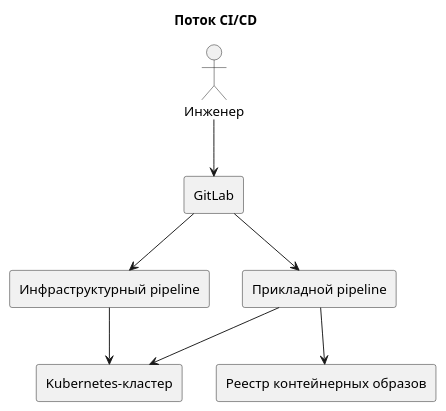
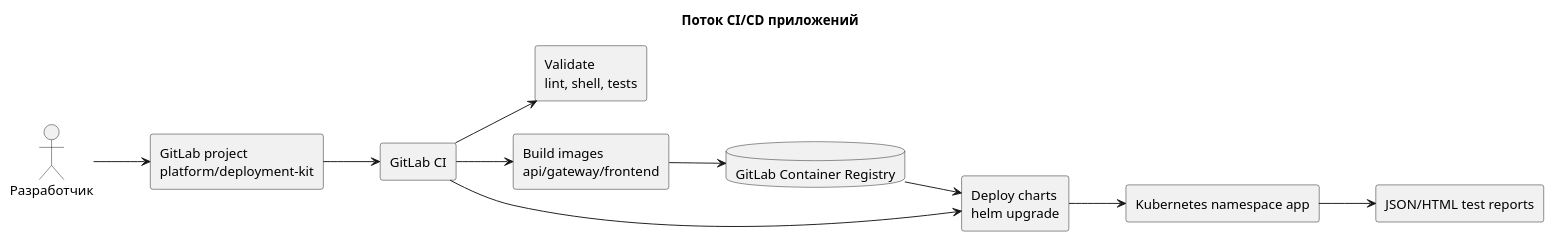
Before and after one commit to BryanskPartizan/mdp-deployment-kit: the diagram in deployment-kit/diagrams/ci-cd-flow.puml, drawn with PlantUML. The commit also changed 90 other files, not shown here.

```diff
--- a/deployment-kit/diagrams/ci-cd-flow.puml
+++ b/deployment-kit/diagrams/ci-cd-flow.puml
@@ -1,15 +1,25 @@
 @startuml
-title Поток CI/CD
-actor Инженер
-rectangle GitLab
-rectangle "Реестр контейнерных образов" as reg
-rectangle "Инфраструктурный pipeline" as infra
-rectangle "Прикладной pipeline" as app
-rectangle "Kubernetes-кластер" as k8s
-Инженер --> GitLab
-GitLab --> infra
-GitLab --> app
-app --> reg
-infra --> k8s
-app --> k8s
+title Поток CI/CD приложений
+left to right direction
+skinparam shadowing false
+
+actor "Разработчик" as dev
+rectangle "GitLab project\nplatform/deployment-kit" as repo
+rectangle "GitLab CI" as ci
+rectangle "Validate\nlint, shell, tests" as validate
+rectangle "Build images\napi/gateway/frontend" as build
+database "GitLab Container Registry" as registry
+rectangle "Deploy charts\nhelm upgrade" as deploy
+rectangle "Kubernetes namespace app" as app
+rectangle "JSON/HTML test reports" as reports
+
+dev --> repo
+repo --> ci
+ci --> validate
+ci --> build
+build --> registry
+registry --> deploy
+ci --> deploy
+deploy --> app
+app --> reports
 @enduml
```
